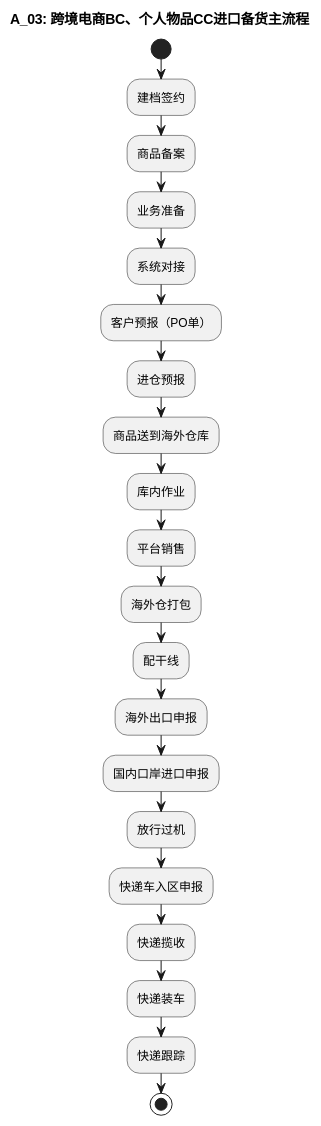
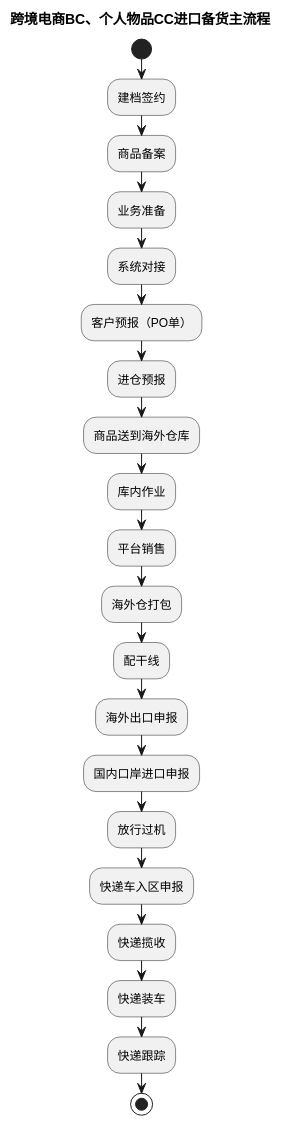
One commit to jack888332/projects-doc changed the fourth of 6 diagrams in product-caliber/goldjet/segmented-prd/mainflow/PRD.高捷物流系统一期.主流程.01.业务模式主流程总览.md. Above: the diagram before and after it, drawn with PlantUML. The commit also changed other lines of this file and 59 other files, not shown here.

````diff
--- a/product-caliber/goldjet/segmented-prd/mainflow/PRD.高捷物流系统一期.主流程.01.业务模式主流程总览.md
+++ b/product-caliber/goldjet/segmented-prd/mainflow/PRD.高捷物流系统一期.主流程.01.业务模式主流程总览.md
@@ -129,25 +112,25 @@
 ```plantuml
 @startuml
-title A_03: 跨境电商BC、个人物品CC进口备货主流程
+title 跨境电商BC、个人物品CC进口备货主流程
 start
 :建档签约;
 :商品备案;
 :业务准备;
 :系统对接;
 :客户预报（PO单）;
 :进仓预报;
 :商品送到海外仓库;
 :库内作业;
 :平台销售;
 :海外仓打包;
 :配干线;
 :海外出口申报;
 :国内口岸进口申报;
 :放行过机;
 :快递车入区申报;
 :快递揽收;
 :快递装车;
 :快递跟踪;
 stop
 @enduml
 ```
````
